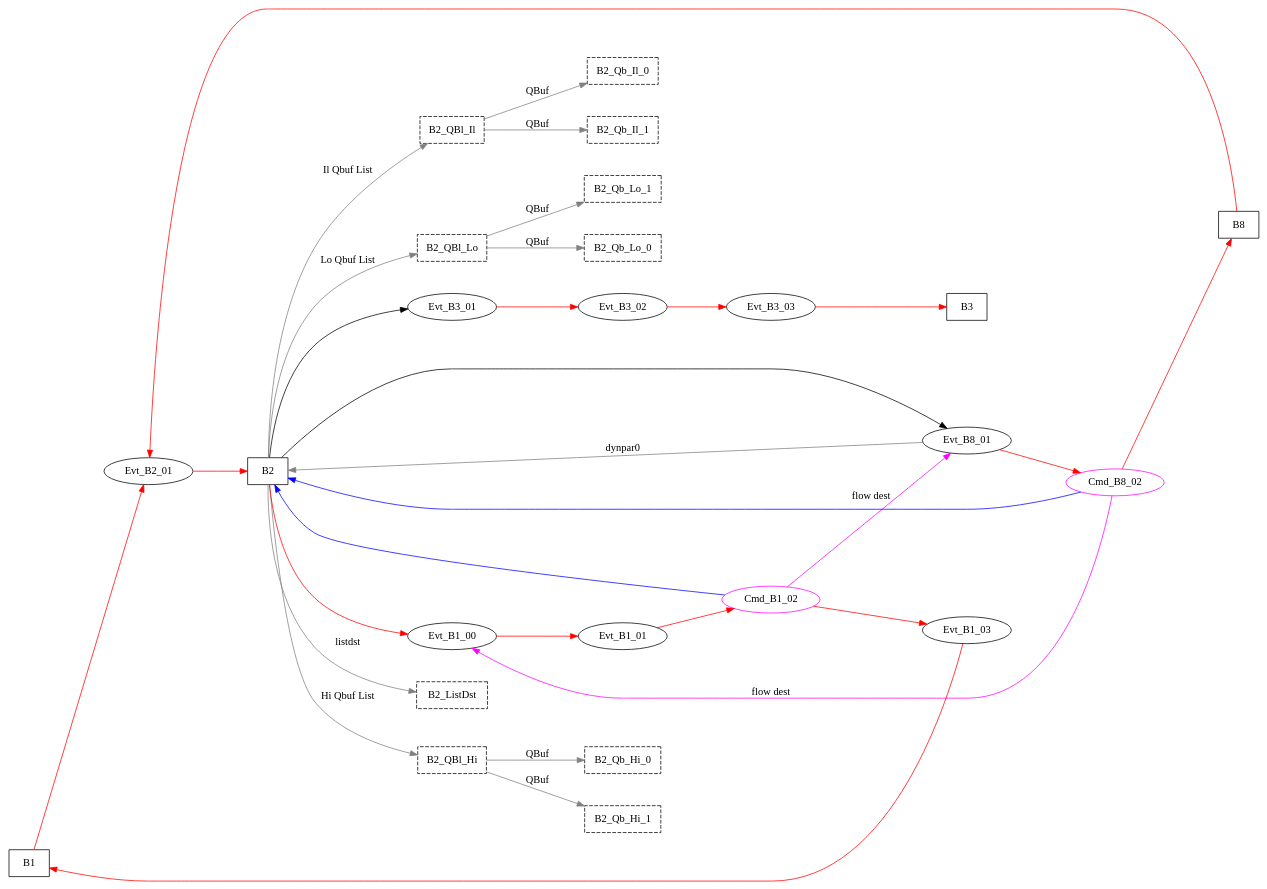
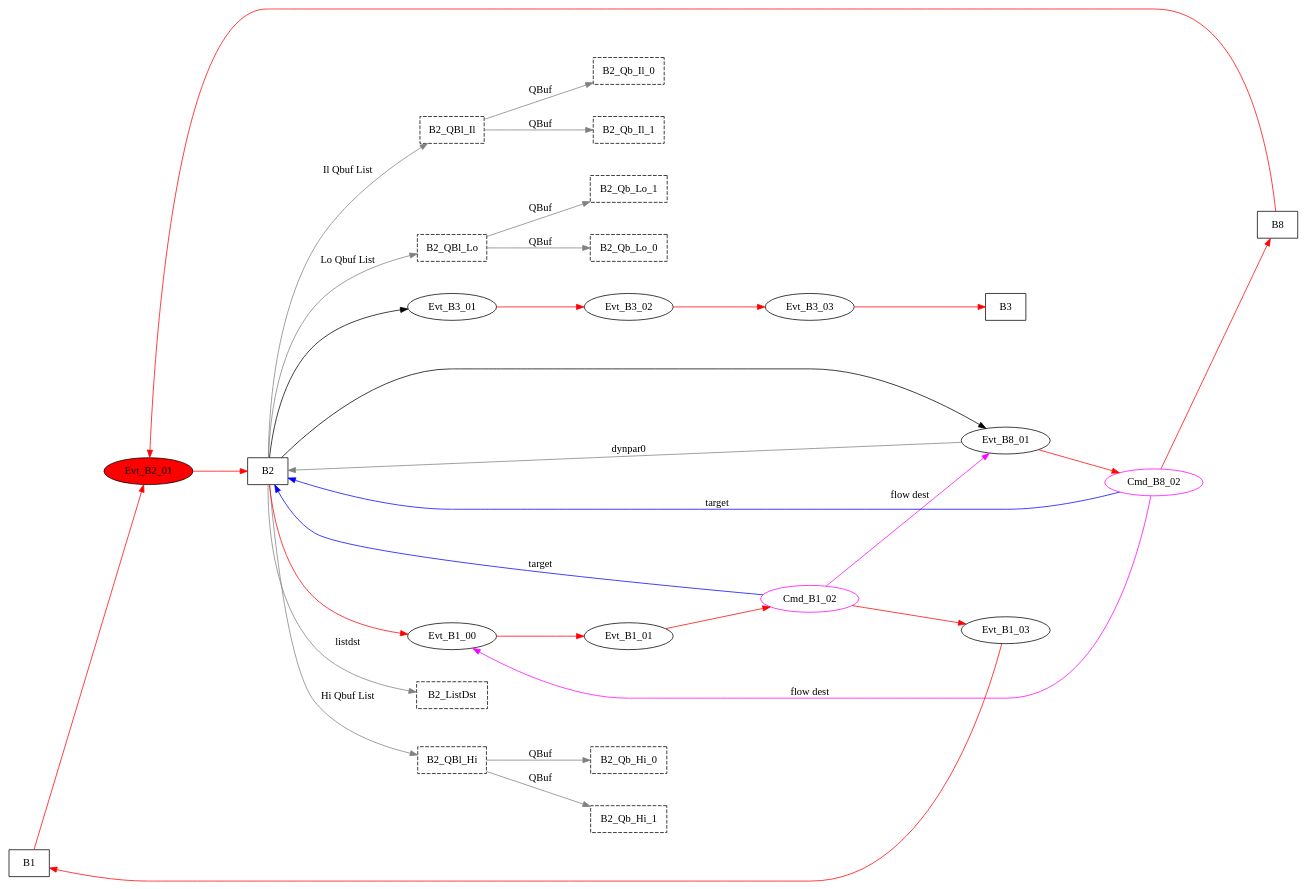
The diagram in modules/ftm/ftmx86/try.dot (GSI-CS-CO/bel_projects), drawn with Graphviz before and after one commit. The commit also changed 10 other files, not shown here.

Commit message:
it's alive, muhahaha. ahem. Can now do online flow changes to itself

```diff
--- a/modules/ftm/ftmx86/try.dot
+++ b/modules/ftm/ftmx86/try.dot
@@ -1,63 +1,63 @@
 digraph G {
-graph [root="Demo", rankdir=LR, nodesep=0.6, mindist=1.0, ranksep=1.0, overlap=false]
+graph [root="Evt_B2_01", rankdir=LR, nodesep=0.6, mindist=1.0, ranksep=1.0, overlap=false]
 node [shape="rectangle", style="filled"]
 B1 [type="Block", fillcolor="white", t_Period=13000];
 B2 [type="Block", fillcolor="white", t_Period=10000];
 B2_ListDst [type="ListDst", fillcolor="white", style=dashed, flags=11];
 B2_Qb_Hi_0 [type="QBuf", fillcolor="white", style=dashed, flags=9];
 B2_Qb_Hi_1 [type="QBuf", fillcolor="white", style=dashed, flags=9];
 B2_Qb_Il_0 [type="QBuf", fillcolor="white", style=dashed, flags=9];
 B2_Qb_Il_1 [type="QBuf", fillcolor="white", style=dashed, flags=9];
 B2_Qb_Lo_0 [type="QBuf", fillcolor="white", style=dashed, flags=9];
 B2_Qb_Lo_1 [type="QBuf", fillcolor="white", style=dashed, flags=9];
 B2_QBl_Hi [type="QInfo", fillcolor="white", style=dashed, flags=8];
 B2_QBl_Il [type="QInfo", fillcolor="white", style=dashed, flags=8];
 B2_QBl_Lo [type="QInfo", fillcolor="white", style=dashed, flags=8];
 B3 [type="Block", fillcolor="white", t_Period=20000];
 B8 [type="Block", fillcolor="white", t_Period=5000];
 Cmd_B1_02 [shape="oval", fillcolor="white", t_offs=300, flags=3, type="Flow", color="magenta", t_valid=15300, qty=1];
 Cmd_B8_02 [shape="oval", fillcolor="white", t_offs=300, flags=3, type="Flow", color="magenta", t_valid=15300, qty=2];
 Evt_B1_00 [shape="oval", fillcolor="white", t_offs=300, flags=2, type="TMsg", color="black", id=40, par=818181, tef=4, res=1000];
 Evt_B1_01 [shape="oval", fillcolor="white", t_offs=200, flags=2, type="TMsg", color="black", id=1000, par=18181818, tef=8, res=1000];
 Evt_B1_03 [shape="oval", fillcolor="white", t_offs=800, flags=2, type="TMsg", color="black", id=51, par=987, tef=1, res=1000];
-Evt_B2_01 [shape="oval", fillcolor="white", t_offs=300, flags=2, type="TMsg", color="black", id=40, par=2, tef=2, res=1000];
+Evt_B2_01 [shape="oval", fillcolor="red", t_offs=300, flags=2, type="TMsg", color="black", id=40, par=2, tef=2, res=1000];
 Evt_B3_01 [shape="oval", fillcolor="white", t_offs=1000, flags=2, type="TMsg", color="black", id=87878, par=500, tef=5, res=1000];
 Evt_B3_02 [shape="oval", fillcolor="white", t_offs=1000, flags=2, type="TMsg", color="black", id=42, par=24, tef=4, res=0];
 Evt_B3_03 [shape="oval", fillcolor="white", t_offs=1200, flags=2, type="TMsg", color="black", id=42, par=24, tef=4, res=0];
 Evt_B8_01 [shape="oval", fillcolor="white", t_offs=8000, flags=262146, type="TMsg", color="black", id=333, par=268437464, tef=15, res=0];
 B1->Evt_B2_01 [type="defdst", color="red"];
 B2->Evt_B3_01 [type="altdst", color="black"];
 B2->B2_ListDst [type="listdst", color="grey", label="listdst"];
 B2->B2_QBl_Il [type="prioil", color="grey", label="Il Qbuf List"];
 B2->B2_QBl_Hi [type="priohi", color="grey", label="Hi Qbuf List"];
 B2->B2_QBl_Lo [type="priolo", color="grey", label="Lo Qbuf List"];
 B8->Evt_B2_01 [type="defdst", color="red"];
 
 Cmd_B8_02->B8 [type="defdst", color="red"];
-Cmd_B8_02->B2 [type="target", color="blue"];
+Cmd_B8_02->B2 [type="target", color="blue", label="target"];
 Cmd_B8_02->Evt_B1_00 [type="flowdst", color="magenta", label="flow dest"];
 
 
 Cmd_B1_02->Evt_B1_03 [type="defdst", color="red"];
-Cmd_B1_02->B2 [type="target", color="blue"];
+Cmd_B1_02->B2 [type="target", color="blue", label="target"];
 Cmd_B1_02->Evt_B8_01 [type="flowdst", color="magenta", label="flow dest"];
 
 Evt_B1_00->Evt_B1_01 [type="defdst", color="red"];
 Evt_B1_01->Cmd_B1_02 [type="defdst", color="red"];
 Evt_B1_03->B1 [type="defdst", color="red"];
 Evt_B2_01->B2 [type="defdst", color="red"];
 Evt_B3_01->Evt_B3_02 [type="defdst", color="red"];
 Evt_B3_02->Evt_B3_03 [type="defdst", color="red"];
 Evt_B3_03->B3 [type="defdst", color="red"];
 Evt_B8_01->Cmd_B8_02 [type="defdst", color="red"];
 Evt_B8_01->B2 [type="dynpar0", color="grey", label="dynpar0"];
 
 B2->Evt_B8_01 [type="altdst", color="black"];
 B2->Evt_B1_00 [type="defdst", color="red"];
 B2_QBl_Hi->B2_Qb_Hi_0 [type="meta", color="grey", label="QBuf"];
 B2_QBl_Hi->B2_Qb_Hi_1 [type="meta", color="grey", label="QBuf"];
 B2_QBl_Il->B2_Qb_Il_0 [type="meta", color="grey", label="QBuf"];
 B2_QBl_Il->B2_Qb_Il_1 [type="meta", color="grey", label="QBuf"];
 B2_QBl_Lo->B2_Qb_Lo_0 [type="meta", color="grey", label="QBuf"];
 B2_QBl_Lo->B2_Qb_Lo_1 [type="meta", color="grey", label="QBuf"];
 }
```
